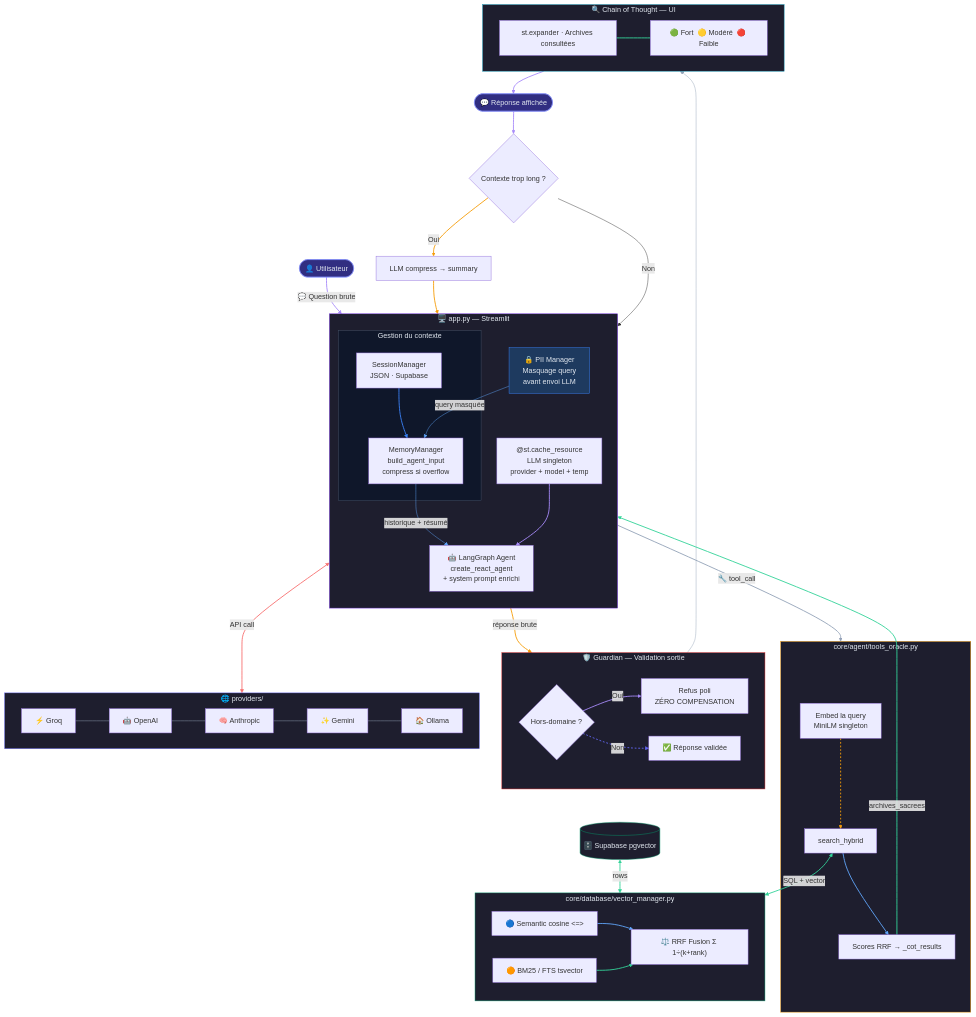
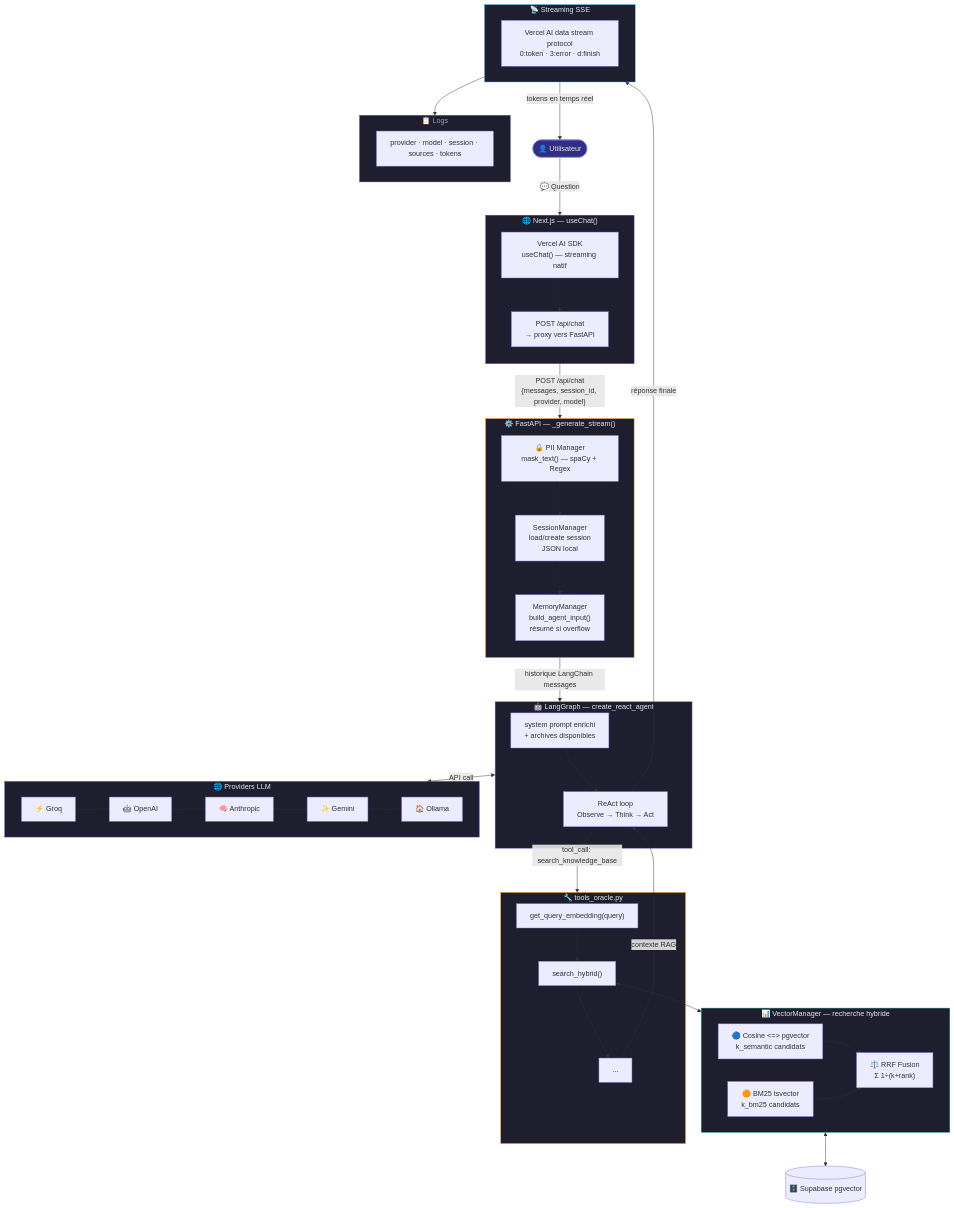
One commit to dlz-dev/HELMo-ORACLE changed the third of 5 diagrams in docs/workflow.md. Above: the diagram before and after it, drawn with Mermaid. The commit also changed other lines of this file and 1 other file, not shown here.

Commit message:
feat: update workflow documentation and enhance .gitignore for logs and environment files

````diff
--- a/docs/workflow.md
+++ b/docs/workflow.md
@@ -138,113 +106,82 @@
 ```mermaid
 flowchart TD
-    U([👤 Utilisateur]) -->|"💬 Question brute"| PII_Q
+    U([👤 Utilisateur]) -->|"💬 Question"| FRONTEND
 
-    subgraph APP ["🖥️ app.py — Streamlit"]
+    subgraph FRONTEND ["🌐 Next.js — useChat()"]
         direction TB
-
-        PII_Q[🔒 PII Manager\nMasquage query\navant envoi LLM]
-
-        subgraph CTX ["Gestion du contexte"]
-            SS[SessionManager\nJSON · Supabase]
-            MM[MemoryManager\nbuild_agent_input\ncompress si overflow]
-            SS --> MM
-        end
-
-        LLM_CACHE["@st.cache_resource\nLLM singleton\nprovider + model + temp"]
-        AGENT[🤖 LangGraph Agent\ncreate_react_agent\n+ system prompt enrichi]
-
-        PII_Q -->|"query masquée"| MM
-        MM -->|"historique + résumé"| AGENT
-        LLM_CACHE --> AGENT
+        SDK["Vercel AI SDK\nuseChat() — streaming natif"]
+        PROXY["POST /api/chat\n→ proxy vers FastAPI"]
+        SDK --> PROXY
     end
 
-    AGENT -->|"🔧 tool_call"| TOOL
+    PROXY -->|"POST /api/chat\n{messages, session_id, provider, model}"| FASTAPI
 
-    subgraph TOOL ["core/agent/tools_oracle.py"]
-        T1[Embed la query\nMiniLM singleton]
-        T2[search_hybrid]
-        T3["Scores RRF → _cot_results"]
+    subgraph FASTAPI ["⚙️ FastAPI — _generate_stream()"]
+        direction TB
+        PII["🔒 PII Manager\nmask_text() — spaCy + Regex"]
+        SESSION["SessionManager\nload/create session\nJSON local"]
+        MEMORY["MemoryManager\nbuild_agent_input()\nrésumé si overflow"]
+        PII --> SESSION --> MEMORY
+    end
+
+    MEMORY -->|"historique LangChain messages"| AGENT
+
+    subgraph AGENT ["🤖 LangGraph — create_react_agent"]
+        A1["system prompt enrichi\n+ archives disponibles"]
+        A2["ReAct loop\nObserve → Think → Act"]
+        A1 --> A2
+    end
+
+    A2 -->|"tool_call: search_knowledge_base"| TOOL
+
+    subgraph TOOL ["🔧 tools_oracle.py"]
+        T1["get_query_embedding(query)"]
+        T2["search_hybrid()"]
+        T3["<archives_sacrees>...</archives_sacrees>"]
         T1 --> T2 --> T3
     end
 
-    subgraph VM ["core/database/vector_manager.py"]
+    subgraph VM ["📊 VectorManager — recherche hybride"]
         direction LR
-        S1["🔵 Semantic cosine <=>"]
-        S2["🟠 BM25 / FTS tsvector"]
-        RRF["⚖️ RRF Fusion Σ 1÷(k+rank)"]
+        S1["🔵 Cosine <=> pgvector\nk_semantic candidats"]
+        S2["🟠 BM25 tsvector\nk_bm25 candidats"]
+        RRF["⚖️ RRF Fusion\nΣ 1÷(k+rank)"]
         S1 --> RRF
         S2 --> RRF
     end
 
-    T2 <-->|"SQL + vector"| VM
-    DB[(🗄️ Supabase pgvector)] <-->|"rows"| VM
-    T3 -->|"archives_sacrees"| AGENT
+    T2 <--> VM
+    VM <--> DB[("🗄️ Supabase pgvector")]
 
-    AGENT -->|"réponse brute"| GUARD
+    T3 -->|"contexte RAG"| A2
+    A2 -->|"réponse finale"| STREAM
 
-    subgraph GUARD ["🛡️ Guardian — Validation sortie"]
-        G1{"Hors-domaine ?"}
-        G1 -->|Oui| G2["Refus poli\nZÉRO COMPENSATION"]
-        G1 -->|Non| G3["✅ Réponse validée"]
+    subgraph STREAM ["📡 Streaming SSE"]
+        ST1["Vercel AI data stream protocol\n0:token · 3:error · d:finish"]
     end
 
-    subgraph PROVIDERS ["🌐 providers/"]
+    STREAM -->|"tokens en temps réel"| U
+
+    subgraph PROV ["🌐 Providers LLM"]
         direction LR
         P1["⚡ Groq"] --- P2["🤖 OpenAI"] --- P3["🧠 Anthropic"] --- P4["✨ Gemini"] --- P5["🏠 Ollama"]
     end
 
-    LLM_CACHE <-->|"API call"| PROVIDERS
+    AGENT <-->|"API call"| PROV
 
-    subgraph COT ["🔍 Chain of Thought — UI"]
-        C1["st.expander · Archives consultées"]
-        C2["🟢 Fort  🟡 Modéré  🔴 Faible"]
-        C1 --- C2
+    subgraph LOG ["📋 Logs"]
+        LG["provider · model · session · sources · tokens"]
     end
 
-    GUARD --> COT
-    COT --> RESP([💬 Réponse affichée])
-    RESP --> MEM{"Contexte trop long ?"}
-    MEM -->|Oui| COMPRESS["LLM compress → summary"]
-    COMPRESS --> SS
-    MEM -->|Non| SS
+    STREAM --> LOG
 
-    linkStyle 0  stroke:#a78bfa,stroke-width:2px
-    linkStyle 1  stroke:#3b82f6,stroke-width:2px
-    linkStyle 2  stroke:#60a5fa,stroke-width:1px
-    linkStyle 3  stroke:#60a5fa,stroke-width:1px
-    linkStyle 4  stroke:#a78bfa,stroke-width:2px
-    linkStyle 5  stroke:#94a3b8,stroke-width:2px
-    linkStyle 6  stroke:#f59e0b,stroke-width:2px,stroke-dasharray:4
-    linkStyle 7  stroke:#60a5fa,stroke-width:2px
-    linkStyle 8  stroke:#60a5fa,stroke-width:2px
-    linkStyle 9  stroke:#34d399,stroke-width:2px
-    linkStyle 10 stroke:#34d399,stroke-width:2px
-    linkStyle 11 stroke:#34d399,stroke-width:2px
-    linkStyle 12 stroke:#34d399,stroke-width:2px
-    linkStyle 13 stroke:#f59e0b,stroke-width:2px
-    linkStyle 14 stroke:#a78bfa,stroke-width:2px
-    linkStyle 15 stroke:#6366f1,stroke-width:2px,stroke-dasharray:4
-    linkStyle 16 stroke:#94a3b8,stroke-width:1px
-    linkStyle 17 stroke:#94a3b8,stroke-width:1px
-    linkStyle 18 stroke:#94a3b8,stroke-width:1px
-    linkStyle 19 stroke:#94a3b8,stroke-width:1px
-    linkStyle 20 stroke:#f87171,stroke-width:2px
-    linkStyle 21 stroke:#34d399,stroke-width:2px
-    linkStyle 22 stroke:#94a3b8,stroke-width:1px
-    linkStyle 23 stroke:#a78bfa,stroke-width:2px
-    linkStyle 24 stroke:#a78bfa,stroke-width:2px
-    linkStyle 25 stroke:#f59e0b,stroke-width:2px
-    linkStyle 26 stroke:#f59e0b,stroke-width:2px
-
-    style APP       fill:#1e1e2e,stroke:#7c3aed,color:#e2e8f0
-    style CTX       fill:#0f172a,stroke:#475569,color:#e2e8f0
-    style TOOL      fill:#1e1e2e,stroke:#f59e0b,color:#e2e8f0
-    style VM        fill:#1e1e2e,stroke:#059669,color:#e2e8f0
-    style GUARD     fill:#1e1e2e,stroke:#dc2626,color:#e2e8f0
-    style COT       fill:#1e1e2e,stroke:#0891b2,color:#e2e8f0
-    style PROVIDERS fill:#1e1e2e,stroke:#6366f1,color:#e2e8f0
-    style DB        fill:#1e1e2e,stroke:#059669,color:#e2e8f0
-    style PII_Q     fill:#1e3a5f,stroke:#3b82f6,color:#e2e8f0
-    style U         fill:#312e81,stroke:#818cf8,color:#e2e8f0
-    style RESP      fill:#312e81,stroke:#818cf8,color:#e2e8f0
+    style FRONTEND fill:#1e1e2e,stroke:#7c3aed,color:#e2e8f0
+    style FASTAPI  fill:#1e1e2e,stroke:#f59e0b,color:#e2e8f0
+    style AGENT    fill:#1e1e2e,stroke:#a78bfa,color:#e2e8f0
+    style TOOL     fill:#1e1e2e,stroke:#f59e0b,color:#e2e8f0
+    style VM       fill:#1e1e2e,stroke:#059669,color:#e2e8f0
+    style STREAM   fill:#1e1e2e,stroke:#38bdf8,color:#e2e8f0
+    style PROV     fill:#1e1e2e,stroke:#6366f1,color:#e2e8f0
+    style LOG      fill:#1e1e2e,stroke:#475569,color:#94a3b8
+    style U        fill:#312e81,stroke:#818cf8,color:#e2e8f0
 ```
````
